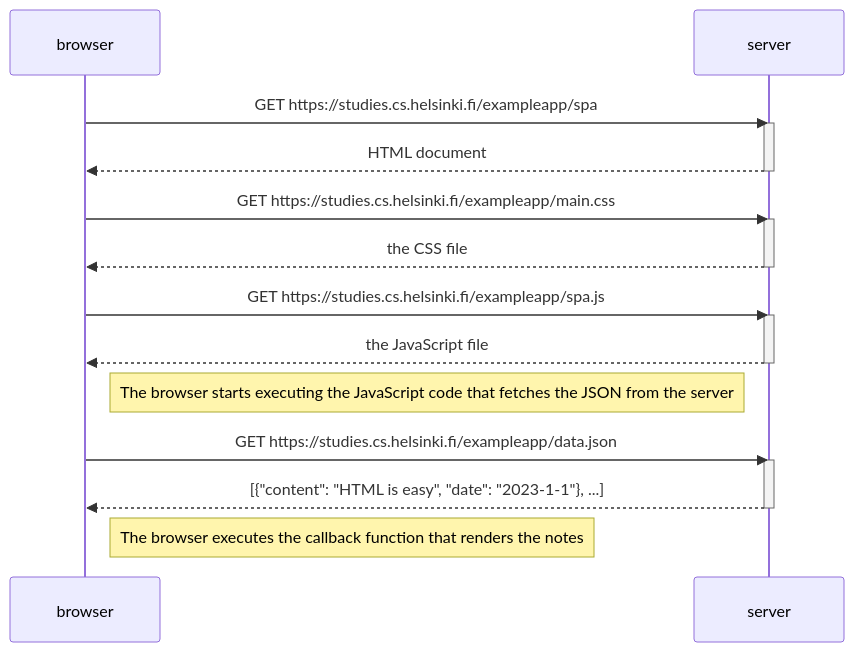
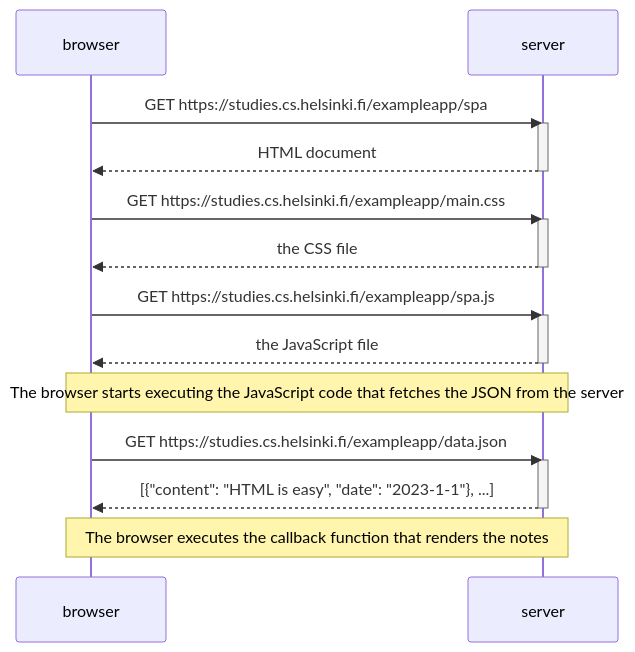
The diagram in 0.5: Single page app diagram.md (gitairman/mermaid), drawn with Mermaid before and after one commit.

Commit message:
Update 0.5: Single page app diagram.md

````diff
--- a/0.5: Single page app diagram.md
+++ b/0.5: Single page app diagram.md
@@ -5,23 +5,23 @@
 ```mermaid
 sequenceDiagram
     participant browser
     participant server
     browser->>server: GET https://studies.cs.helsinki.fi/exampleapp/spa
     activate server
     server-->>browser: HTML document
     deactivate server
     browser->>server: GET https://studies.cs.helsinki.fi/exampleapp/main.css
     activate server
     server-->>browser: the CSS file
     deactivate server
     browser->>server: GET https://studies.cs.helsinki.fi/exampleapp/spa.js
     activate server
     server-->>browser: the JavaScript file
     deactivate server
-    Note right of browser: The browser starts executing the JavaScript code that fetches the JSON from the server
+    Note over browser, server: The browser starts executing the JavaScript code that fetches the JSON from the server
     browser->>server: GET https://studies.cs.helsinki.fi/exampleapp/data.json
     activate server
     server-->>browser: [{"content": "HTML is easy", "date": "2023-1-1"}, ...]
     deactivate server
-    Note right of browser: The browser executes the callback function that renders the notes
+    Note over browser, server: The browser executes the callback function that renders the notes
 ```
````
